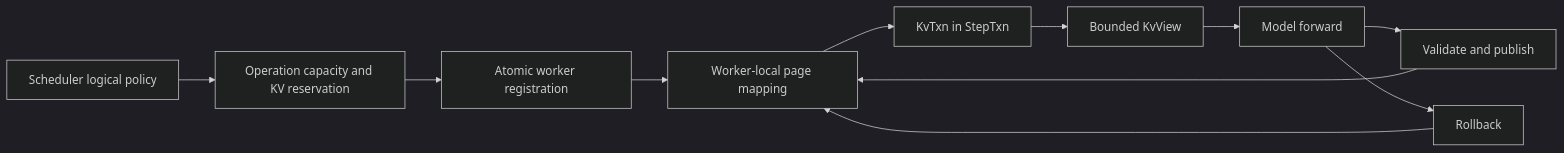
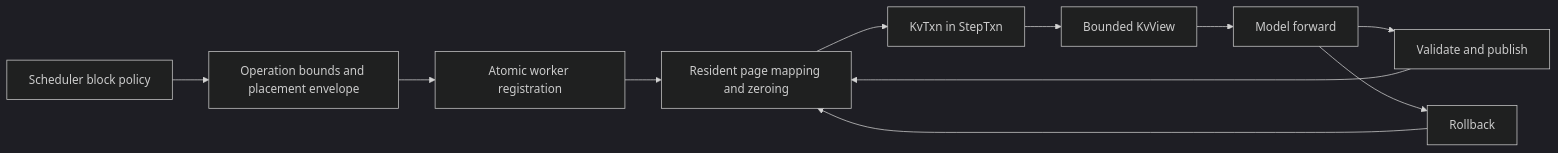
The diagram in docs/kv-cache-management.md (hao-ai-lab/uniserve), drawn with Mermaid (dark theme) before and after one commit. The commit also changed other lines of this file and 25 other files, not shown here.

First line of the commit message:
feat(scheduler): own request slots and KV placement

````diff
--- a/docs/kv-cache-management.md
+++ b/docs/kv-cache-management.md
@@ -23,13 +23,13 @@
 ```mermaid
 flowchart LR
-    S["Scheduler logical policy"] --> O["Operation capacity and KV reservation"]
-    O --> R["Atomic worker registration"]
-    R --> M["Worker-local page mapping"]
+    S["Scheduler block policy"] --> E["Operation bounds and placement envelope"]
+    E --> R["Atomic worker registration"]
+    R --> M["Resident page mapping and zeroing"]
     M --> T["KvTxn in StepTxn"]
     T --> V["Bounded KvView"]
     V --> F["Model forward"]
     F --> C["Validate and publish"]
     F --> B["Rollback"]
     C --> M
     B --> M
 ```
````
